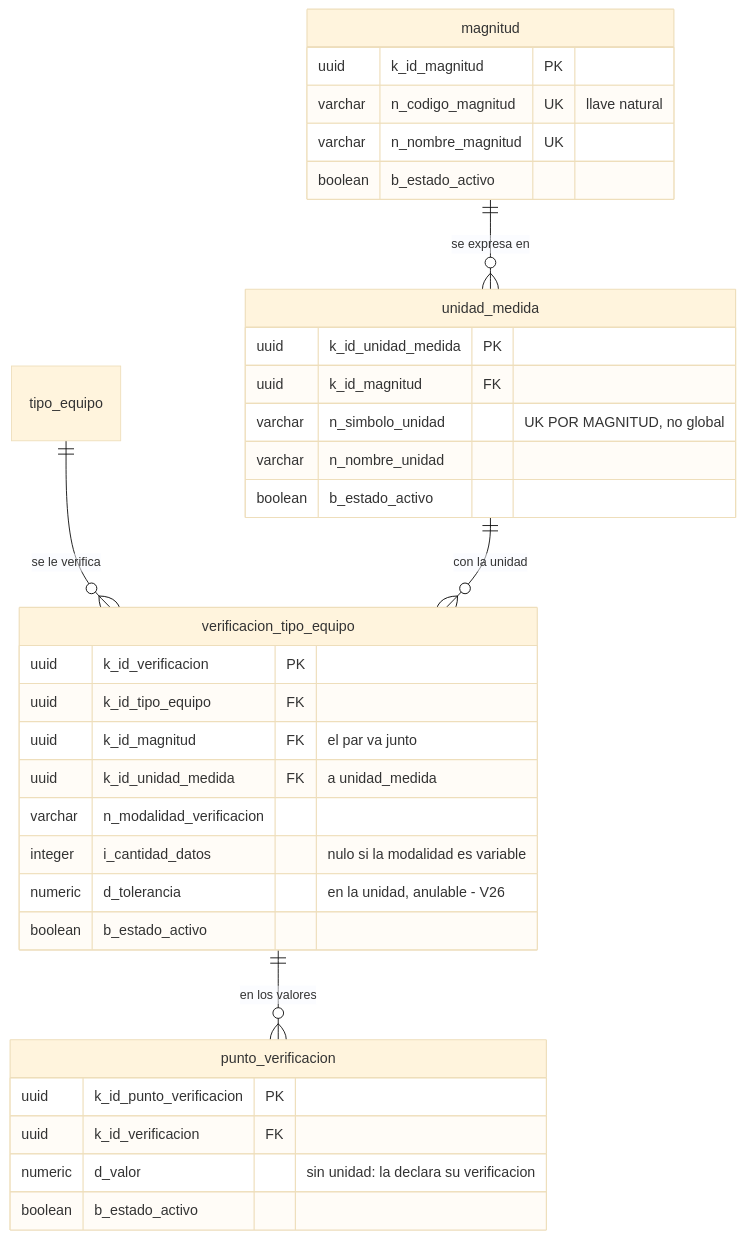
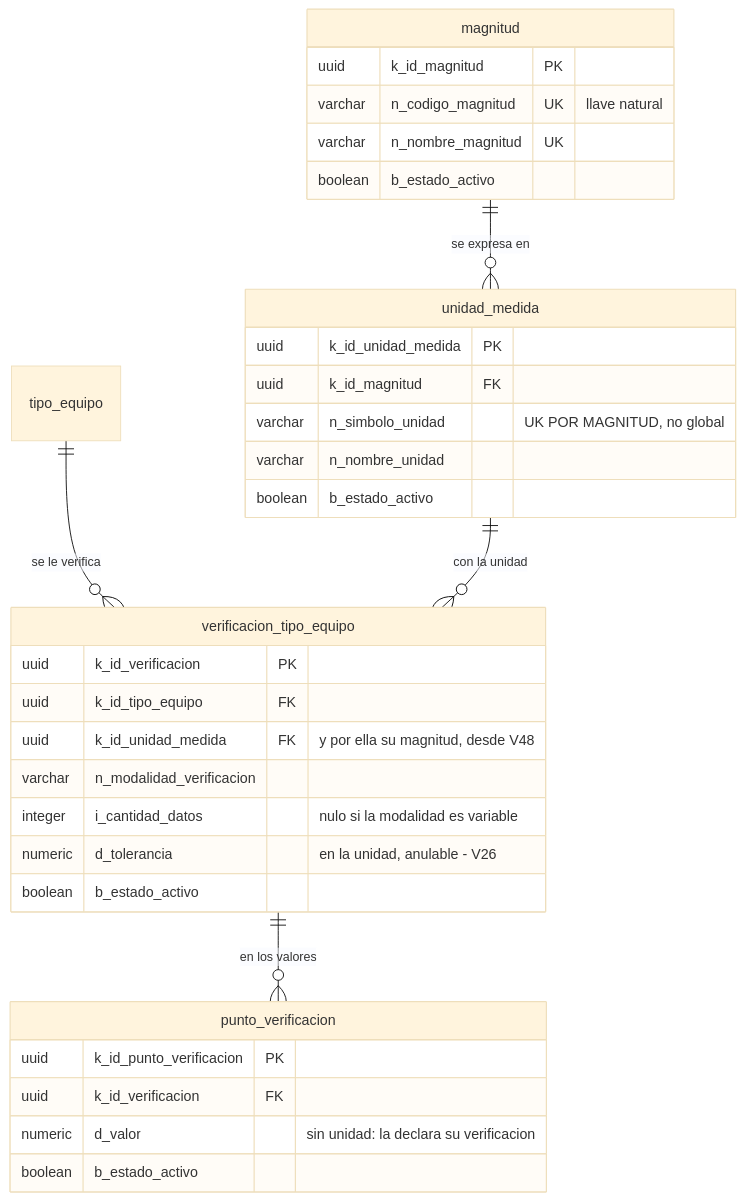
The eighth of 12 diagrams in SecondBrain/wiki/base-de-datos/esquema-bd-malphasos.md (SeanBol222/MalphasOs), drawn with Mermaid (base theme) before and after one commit. The commit also changed other lines of this file and 8 other files, not shown here.

First line of the commit message:
docs: V48, and two counts the schema notes had wrong

````diff
--- a/SecondBrain/wiki/base-de-datos/esquema-bd-malphasos.md
+++ b/SecondBrain/wiki/base-de-datos/esquema-bd-malphasos.md
@@ -580,36 +585,35 @@
 ```mermaid
 erDiagram
     magnitud ||--o{ unidad_medida : "se expresa en"
     tipo_equipo ||--o{ verificacion_tipo_equipo : "se le verifica"
     unidad_medida ||--o{ verificacion_tipo_equipo : "con la unidad"
     verificacion_tipo_equipo ||--o{ punto_verificacion : "en los valores"
     magnitud {
         uuid k_id_magnitud PK
         varchar n_codigo_magnitud UK "llave natural"
         varchar n_nombre_magnitud UK
         boolean b_estado_activo
     }
     unidad_medida {
         uuid k_id_unidad_medida PK
         uuid k_id_magnitud FK
         varchar n_simbolo_unidad "UK POR MAGNITUD, no global"
         varchar n_nombre_unidad
         boolean b_estado_activo
     }
     verificacion_tipo_equipo {
         uuid k_id_verificacion PK
         uuid k_id_tipo_equipo FK
-        uuid k_id_magnitud FK "el par va junto"
-        uuid k_id_unidad_medida FK "a unidad_medida"
+        uuid k_id_unidad_medida FK "y por ella su magnitud, desde V48"
         varchar n_modalidad_verificacion
         integer i_cantidad_datos "nulo si la modalidad es variable"
         numeric d_tolerancia "en la unidad, anulable - V26"
         boolean b_estado_activo
     }
     punto_verificacion {
         uuid k_id_punto_verificacion PK
         uuid k_id_verificacion FK
         numeric d_valor "sin unidad: la declara su verificacion"
         boolean b_estado_activo
     }
 ```
````
